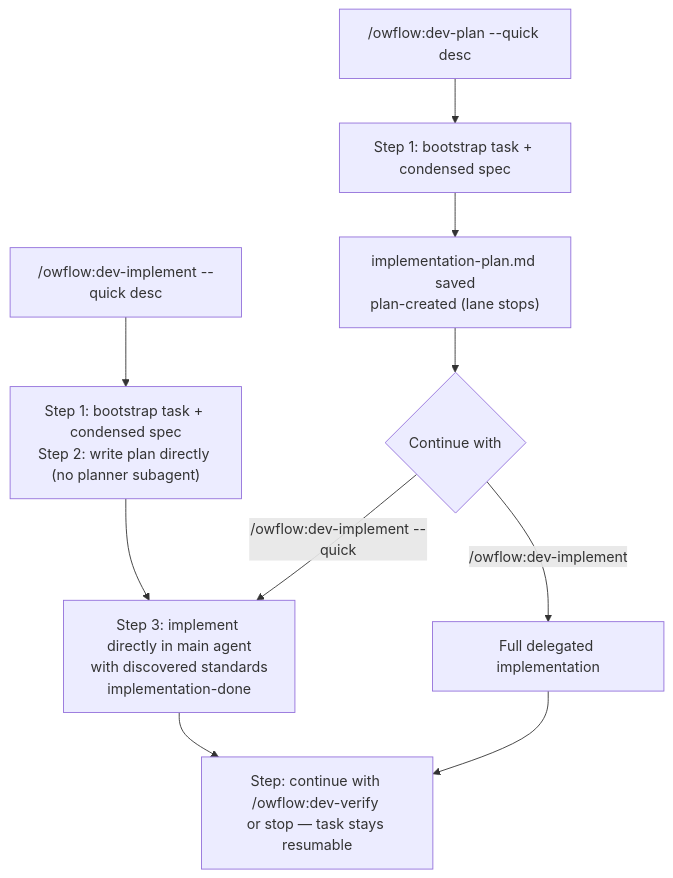
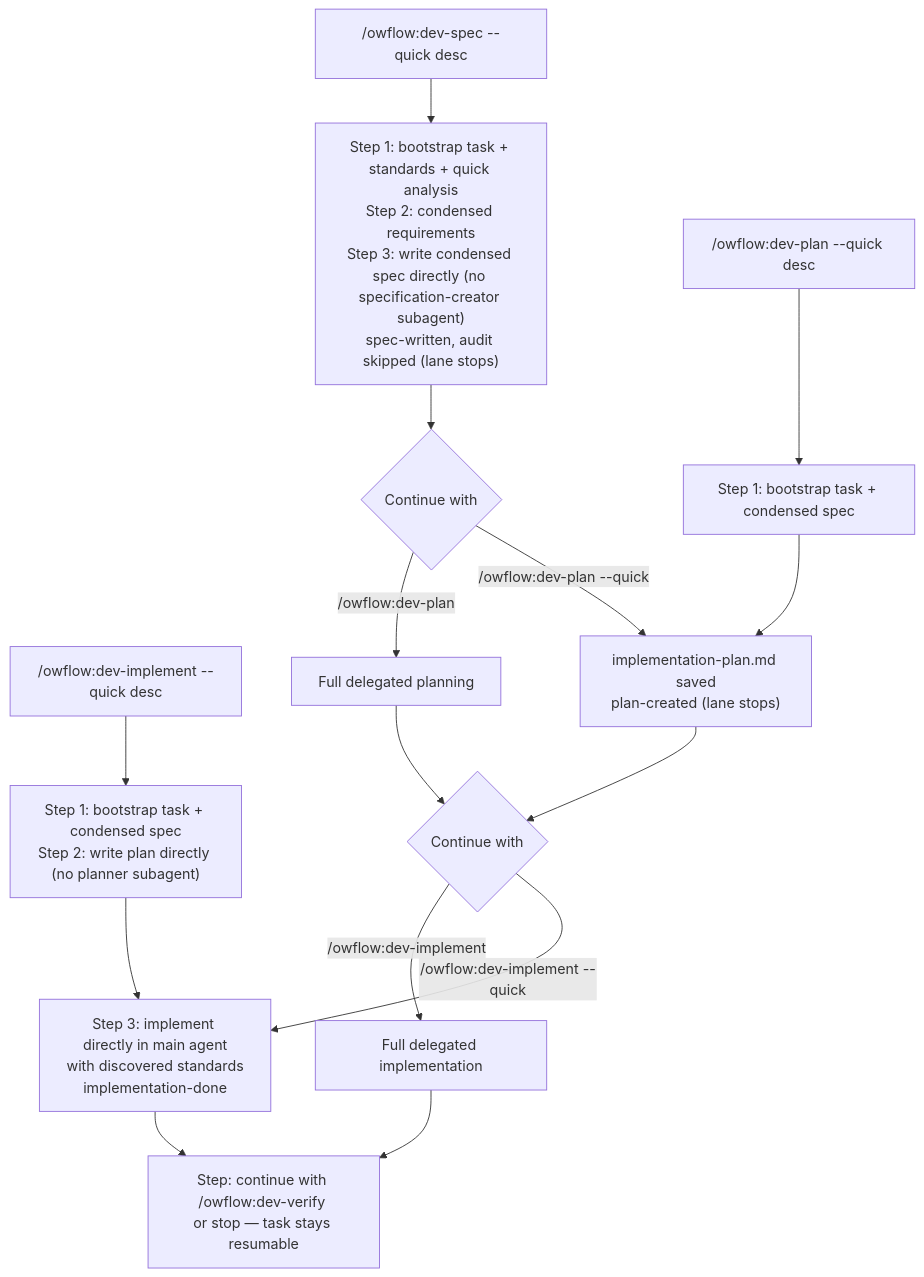
Before and after one commit to palucdev/owflow: the fourth of 5 diagrams in docs/workflows.md, drawn with Mermaid. The commit also changed other lines of this file and 7 other files, not shown here.

Commit message:
Quick dev-spec

````diff
--- a/docs/workflows.md
+++ b/docs/workflows.md
@@ -93,12 +93,17 @@
 ```mermaid
 flowchart TD
+    QS["/owflow:dev-spec --quick desc"] --> QB0["Step 1: bootstrap task + standards + quick analysis<br/>Step 2: condensed requirements<br/>Step 3: write condensed spec directly (no specification-creator subagent)<br/>spec-written, audit skipped (lane stops)"]
     QP["/owflow:dev-plan --quick desc"] --> QB1["Step 1: bootstrap task + condensed spec"]
     QI["/owflow:dev-implement --quick desc"] --> QB2["Step 1: bootstrap task + condensed spec<br/>Step 2: write plan directly (no planner subagent)"]
+    QB0 --> Choice0{"Continue with"}
+    Choice0 -- "/owflow:dev-plan" --> NPlan["Full delegated planning"]
+    Choice0 -- "/owflow:dev-plan --quick" --> Plan
     QB1 --> Plan["implementation-plan.md saved<br/>plan-created (lane stops)"]
     QB2 --> Impl["Step 3: implement directly in main agent<br/>with discovered standards<br/>implementation-done"]
     Plan --> Choice{"Continue with"}
     Choice -- "/owflow:dev-implement" --> NImpl["Full delegated implementation"]
     Choice -- "/owflow:dev-implement --quick" --> Impl
+    NPlan --> Choice
     NImpl --> Next
     Impl --> Next["Step: continue with /owflow:dev-verify <task-path><br/>or stop — task stays resumable"]
 ```
````
